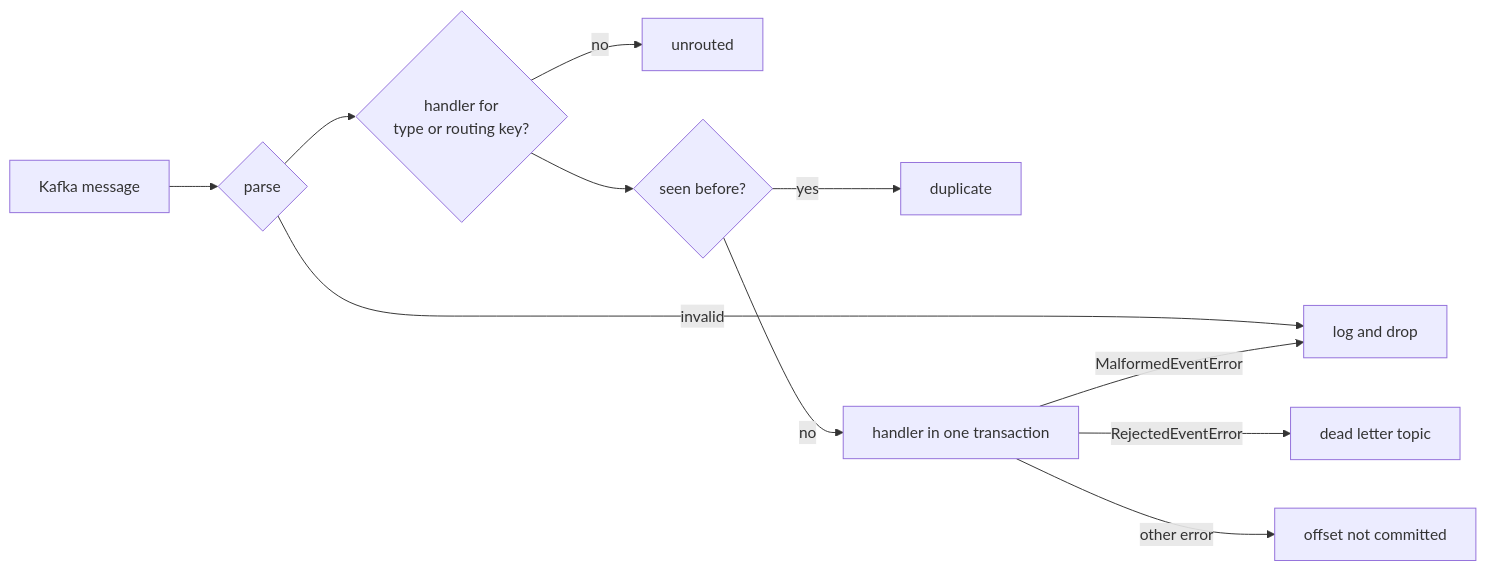
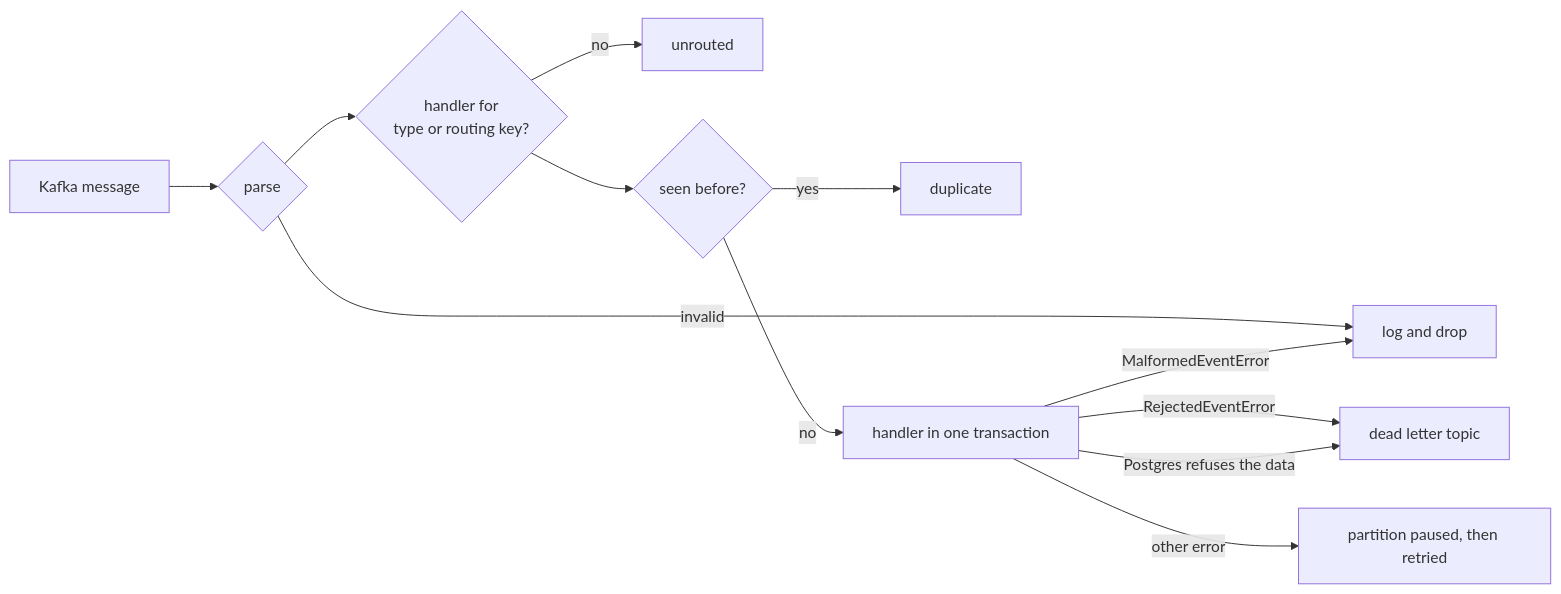
Before and after one commit to linagora/twake-space: the second of 2 diagrams in docs/backend-dev.md, drawn with Mermaid. The commit also changed other lines of this file and 12 other files, not shown here.

````diff
--- a/docs/backend-dev.md
+++ b/docs/backend-dev.md
@@ -62,13 +62,14 @@
 ```mermaid
 flowchart LR
   msg[Kafka message] --> parse{parse}
   parse -- invalid --> drop[log and drop]
   parse --> route{handler for<br>type or routing key?}
   route -- no --> skip[unrouted]
   route --> dedupe{seen before?}
   dedupe -- yes --> dup[duplicate]
   dedupe -- no --> handler[handler in one transaction]
   handler -- RejectedEventError --> dlq["dead letter topic"]
   handler -- MalformedEventError --> drop
-  handler -- other error --> retry[offset not committed]
+  handler -- Postgres refuses the data --> dlq
+  handler -- other error --> retry[partition paused, then retried]
 ```
````
